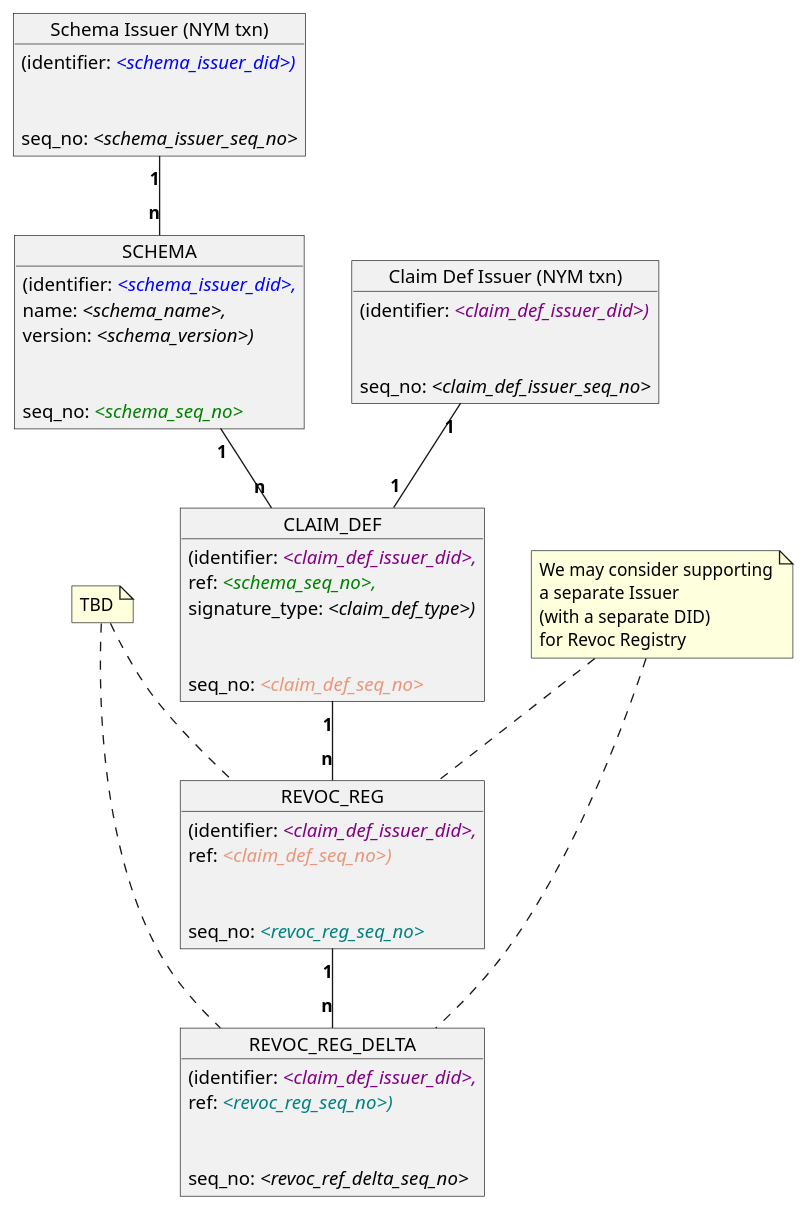
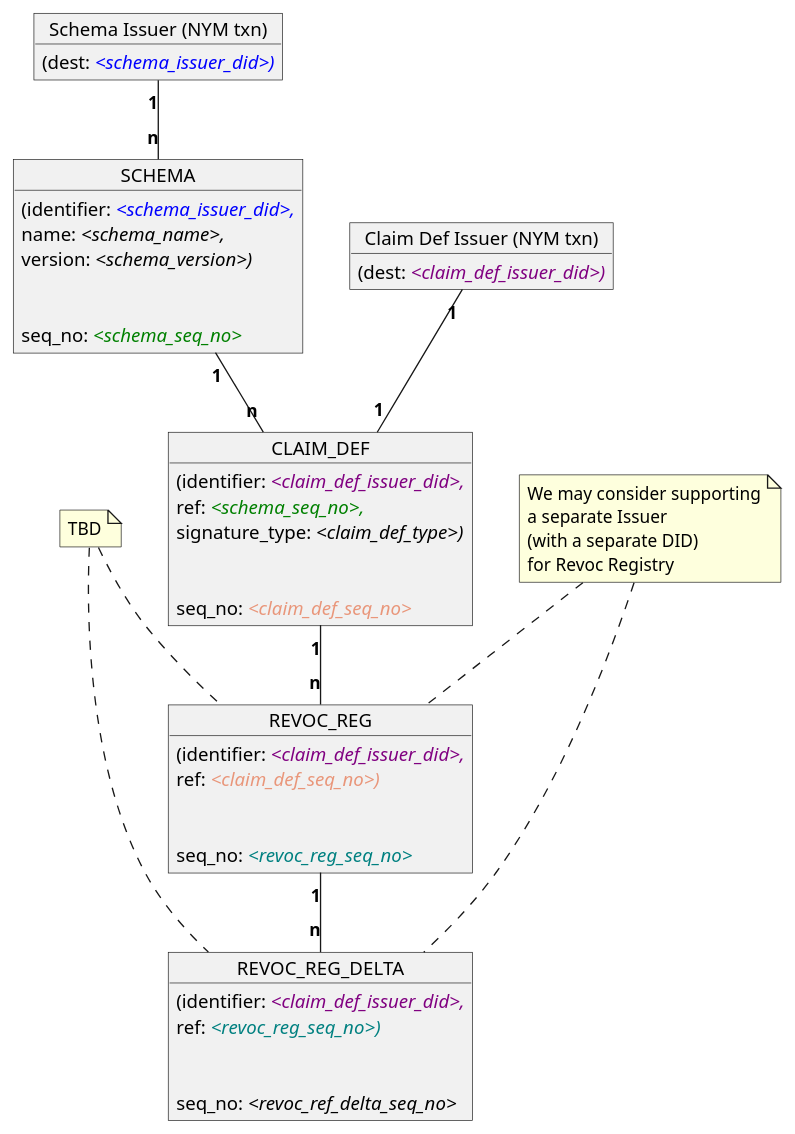
One commit to hyperledger/indy-node changed the diagram in docs/relationship-diagram.puml. Above: the diagram before and after it, drawn with PlantUML. The commit also changed 1 other file, not shown here.

```diff
--- a/docs/relationship-diagram.puml
+++ b/docs/relationship-diagram.puml
@@ -1,61 +1,57 @@
 @startuml
 object "Schema Issuer (NYM txn)" as DID1 {
-(identifier: <font color=blue><i><schema_issuer_did>)
-\n
-seq_no: <i><schema_issuer_seq_no>
+(dest: <font color=blue><i><schema_issuer_did>)
 }
 
 object "Claim Def Issuer (NYM txn)" as DID2 {
-(identifier: <font color=purple><i><claim_def_issuer_did>)
-\n
-seq_no: <i><claim_def_issuer_seq_no>
+(dest: <font color=purple><i><claim_def_issuer_did>)
 }
 
 object SCHEMA {
 (identifier: <font color=blue><i><schema_issuer_did>,
 name: <i><schema_name>,
 version: <i><schema_version>)
 \n
 seq_no: <font color=green><i><schema_seq_no>
 }
 
 object CLAIM_DEF {
 (identifier: <font color=purple><i><claim_def_issuer_did>,
 ref: <font color=green><i><schema_seq_no>,
 signature_type: <i><claim_def_type>)
 \n
 seq_no: <font color=darksalmon><i><claim_def_seq_no>
 }
 
 object REVOC_REG {
 (identifier: <font color=purple><i><claim_def_issuer_did>,
 ref: <font color=darksalmon><i><claim_def_seq_no>)
 \n
 seq_no: <font color=teal><i><revoc_reg_seq_no>
 }
 
 object REVOC_REG_DELTA {
 (identifier: <font color=purple><i><claim_def_issuer_did>,
 ref: <font color=teal><i><revoc_reg_seq_no>)
 \n
 seq_no: <i><revoc_ref_delta_seq_no>
 }
 
 
 
 DID1 "<b>1" -- "<b>n" SCHEMA
 SCHEMA "<b>1" -- "<b>n" CLAIM_DEF
 DID2 "<b>1" -- "<b>1" CLAIM_DEF
 CLAIM_DEF "<b>1" -- "<b>n" REVOC_REG
 REVOC_REG "<b>1" -- "<b>n" REVOC_REG_DELTA
 
 
 
 note "TBD" as N1
 note "We may consider supporting\na separate Issuer\n(with a separate DID)\nfor Revoc Registry" as N2
 N1 .. REVOC_REG
 N1 .. REVOC_REG_DELTA
 N2 .. REVOC_REG
 N2 .. REVOC_REG_DELTA
 
 @enduml
```
